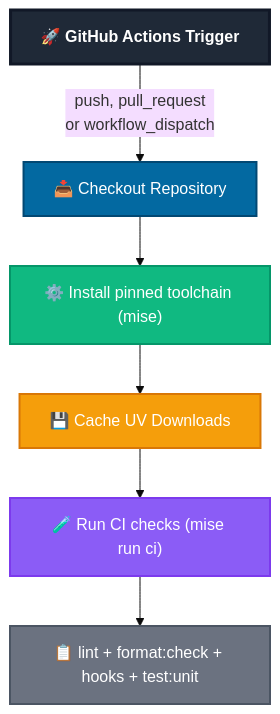
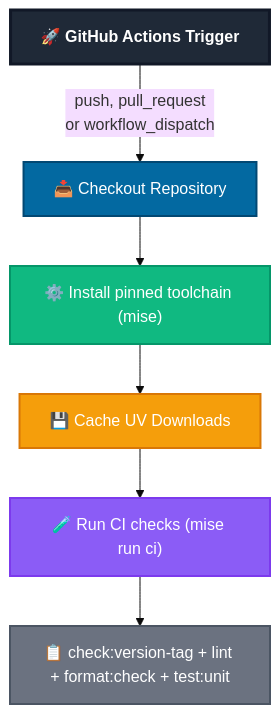
Before and after one commit to copier-templates/python-uv: the diagram in docs/ci.md, drawn with Mermaid (base theme). The commit also changed other lines of this file and 4 other files, not shown here.

First line of the commit message:
fix(ci): fail fast on version drift and drop duplicated prek hooks

````diff
--- a/docs/ci.md
+++ b/docs/ci.md
@@ -5,16 +5,16 @@
 ```mermaid
 flowchart TD
   classDef trigger fill:#1F2937,stroke:#111827,color:#FFFFFF,font-weight:bold,stroke-width:3px;
   classDef checkout fill:#0369A1,stroke:#024873,color:#FFFFFF,stroke-width:2px;
   classDef setup fill:#10B981,stroke:#059669,color:#FFFFFF,stroke-width:2px;
   classDef cache fill:#F59E0B,stroke:#D97706,color:#FFFFFF,stroke-width:2px;
   classDef test fill:#8B5CF6,stroke:#7C3AED,color:#FFFFFF,stroke-width:2px;
   classDef summary fill:#6B7280,stroke:#4B5563,color:#FFFFFF,stroke-width:2px;
 
   A["🚀 GitHub Actions Trigger"]:::trigger
   A -->|push, pull_request<br/>or workflow_dispatch| B["📥 Checkout Repository"]:::checkout
   B --> C["⚙️ Install pinned toolchain (mise)"]:::setup
   C --> D["💾 Cache UV Downloads"]:::cache
   D --> E["🧪 Run CI checks (mise run ci)"]:::test
-  E --> F["📋 lint + format:check + hooks + test:unit"]:::summary
+  E --> F["📋 check:version-tag + lint + format:check + test:unit"]:::summary
 ```
````
